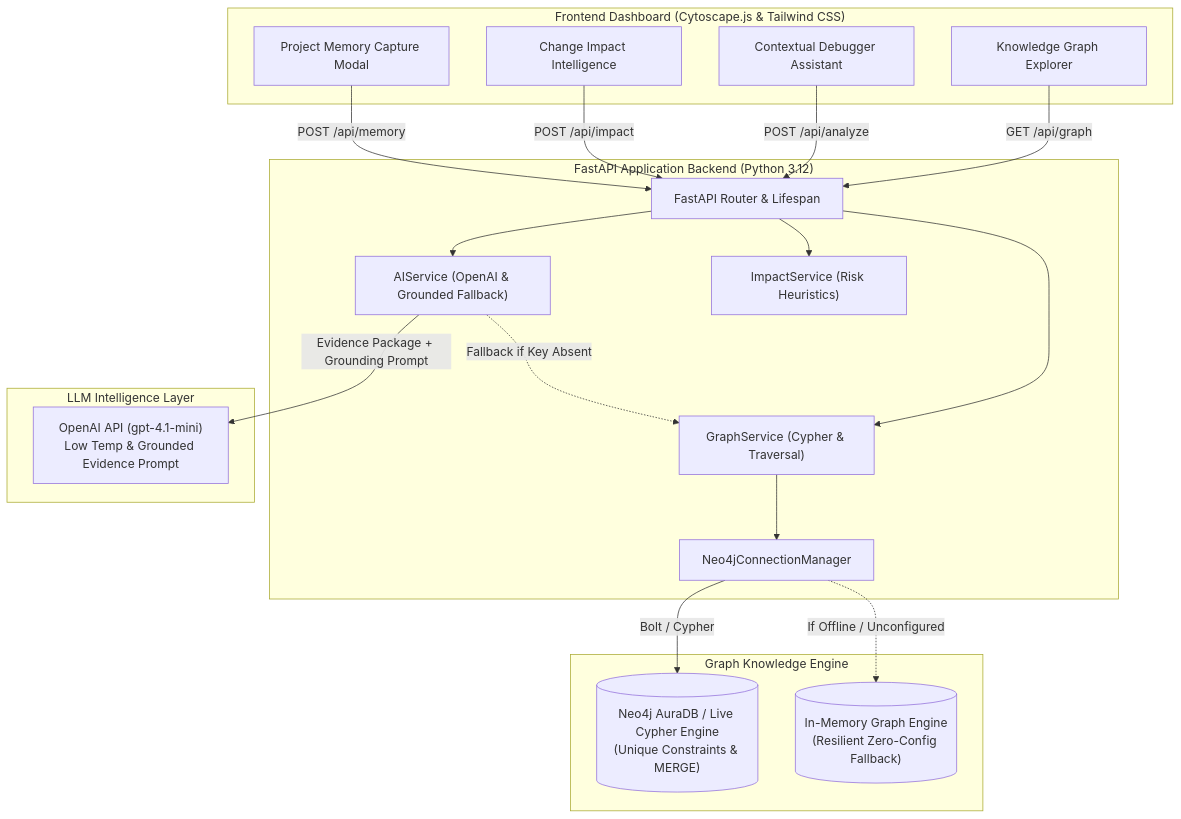
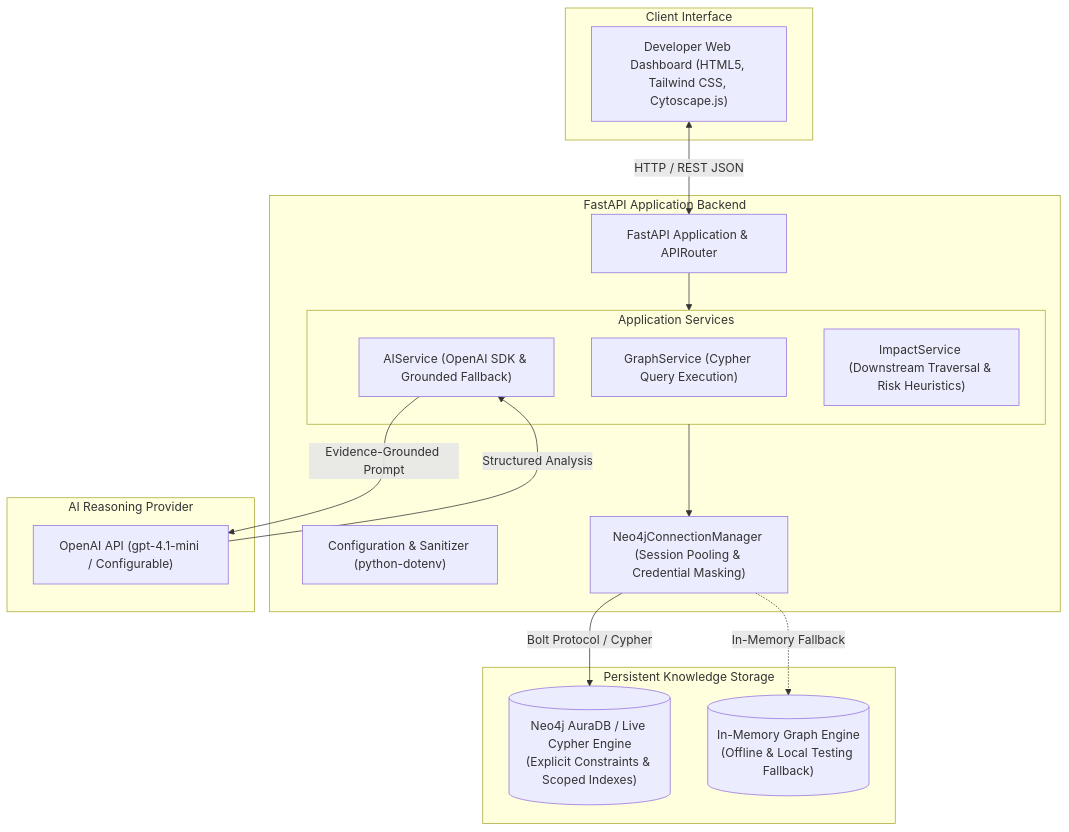
The first of 2 diagrams in README.md (nagarjuna-32/neo4j), drawn with Mermaid before and after one commit. The commit also changed other lines of this file and 2 other files, not shown here.

````diff
--- a/README.md
+++ b/README.md
@@ -28,42 +92,36 @@
 ```mermaid
 flowchart TD
-    subgraph Frontend ["Frontend Dashboard (Cytoscape.js & Tailwind CSS)"]
-        UI_Graph["Knowledge Graph Explorer"]
-        UI_Debug["Contextual Debugger Assistant"]
-        UI_Impact["Change Impact Intelligence"]
-        UI_Memory["Project Memory Capture Modal"]
+    subgraph Client ["Client Interface"]
+        UI["Developer Web Dashboard (HTML5, Tailwind CSS, Cytoscape.js)"]
     end
 
-    subgraph Backend ["FastAPI Application Backend (Python 3.12)"]
-        API_Main["FastAPI Router & Lifespan"]
-        Svc_Graph["GraphService (Cypher & Traversal)"]
-        Svc_AI["AIService (OpenAI & Grounded Fallback)"]
-        Svc_Impact["ImpactService (Risk Heuristics)"]
-        DB_Manager["Neo4jConnectionManager"]
+    subgraph Backend ["FastAPI Application Backend"]
+        Router["FastAPI Application & APIRouter"]
+        Config["Configuration & Sanitizer (python-dotenv)"]
+        
+        subgraph Services ["Application Services"]
+            GraphSvc["GraphService (Cypher Query Execution)"]
+            AISvc["AIService (OpenAI SDK & Grounded Fallback)"]
+            ImpactSvc["ImpactService (Downstream Traversal & Risk Heuristics)"]
+        end
+        
+        DBMgr["Neo4jConnectionManager (Session Pooling & Credential Masking)"]
     end
 
-    subgraph Database ["Graph Knowledge Engine"]
-        Neo4j_Live[("Neo4j AuraDB / Live Cypher Engine\n(Unique Constraints & MERGE)")]
-        Mem_Store[("In-Memory Graph Engine\n(Resilient Zero-Config Fallback)")]
+    subgraph Storage ["Persistent Knowledge Storage"]
+        Neo4j[("Neo4j AuraDB / Live Cypher Engine\n(Explicit Constraints & Scoped Indexes)")]
+        MemGraph[("In-Memory Graph Engine\n(Offline & Local Testing Fallback)")]
     end
 
-    subgraph External_AI ["LLM Intelligence Layer"]
-        OpenAI_API["OpenAI API (gpt-4.1-mini)\nLow Temp & Grounded Evidence Prompt"]
+    subgraph LLM ["AI Reasoning Provider"]
+        OpenAI_API["OpenAI API (gpt-4.1-mini / Configurable)"]
     end
 
-    UI_Graph -->|GET /api/graph| API_Main
-    UI_Debug -->|POST /api/analyze| API_Main
-    UI_Impact -->|POST /api/impact| API_Main
-    UI_Memory -->|POST /api/memory| API_Main
-
-    API_Main --> Svc_Graph
-    API_Main --> Svc_AI
-    API_Main --> Svc_Impact
-
-    Svc_Graph --> DB_Manager
-    DB_Manager -->|Bolt / Cypher| Neo4j_Live
-    DB_Manager -.->|If Offline / Unconfigured| Mem_Store
-
-    Svc_AI -->|Evidence Package + Grounding Prompt| OpenAI_API
-    Svc_AI -.->|Fallback if Key Absent| Svc_Graph
+    UI <-->|HTTP / REST JSON| Router
+    Router --> Services
+    Services --> DBMgr
+    DBMgr -->|Bolt Protocol / Cypher| Neo4j
+    DBMgr -.->|In-Memory Fallback| MemGraph
+    AISvc -->|Evidence-Grounded Prompt| OpenAI_API
+    OpenAI_API -->|Structured Analysis| AISvc
 ```
````
